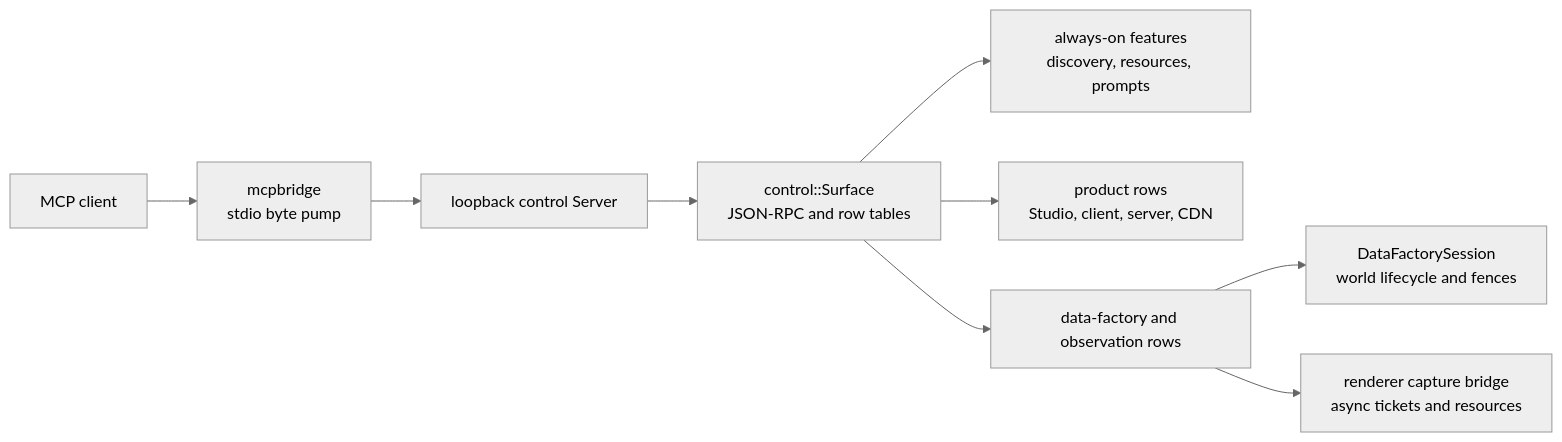
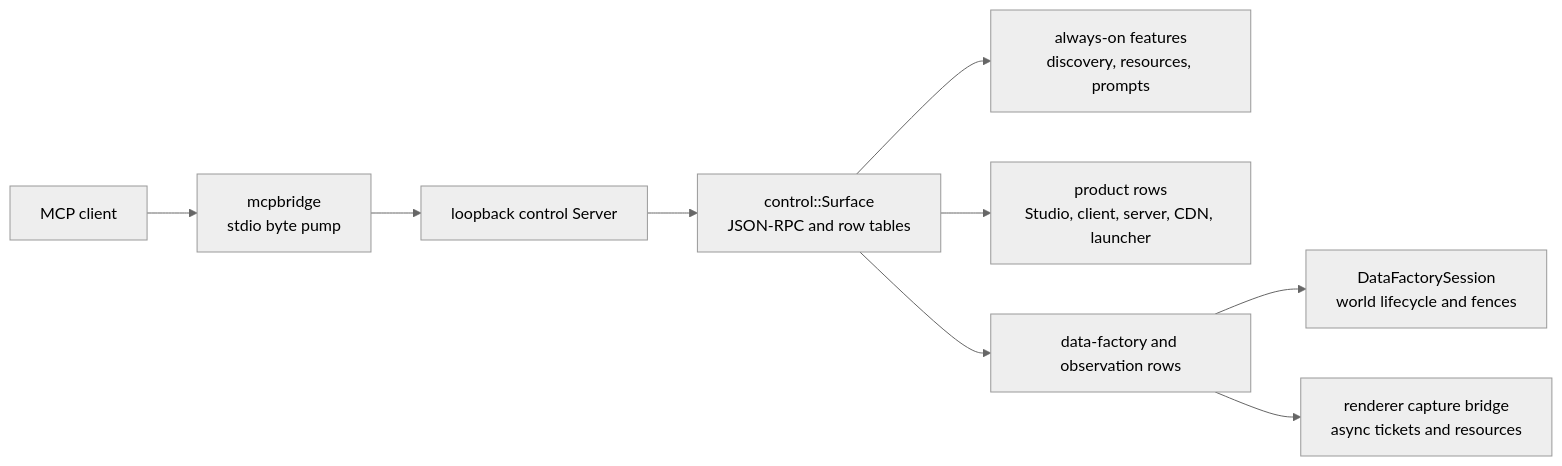
One commit to SPOOKEXE/atomic-game-engine changed the first of 2 diagrams in docs/v025-MCP-CLEANUP.md. Above: the diagram before and after it, drawn with Mermaid (neutral theme). The commit also changed other lines of this file and 35 other files, not shown here.

````diff
--- a/docs/v025-MCP-CLEANUP.md
+++ b/docs/v025-MCP-CLEANUP.md
@@ -42,11 +42,11 @@
 ```mermaid
 flowchart LR
     Client[MCP client] --> Bridge[mcpbridge\nstdio byte pump]
     Bridge --> Socket[loopback control Server]
     Socket --> Surface[control::Surface\nJSON-RPC and row tables]
     Surface --> Core[always-on features\ndiscovery, resources, prompts]
-    Surface --> Product[product rows\nStudio, client, server, CDN]
+    Surface --> Product[product rows\nStudio, client, server, CDN, launcher]
     Surface --> Factory[data-factory and observation rows]
     Factory --> World[DataFactorySession\nworld lifecycle and fences]
     Factory --> Render[renderer capture bridge\nasync tickets and resources]
 ```
````
